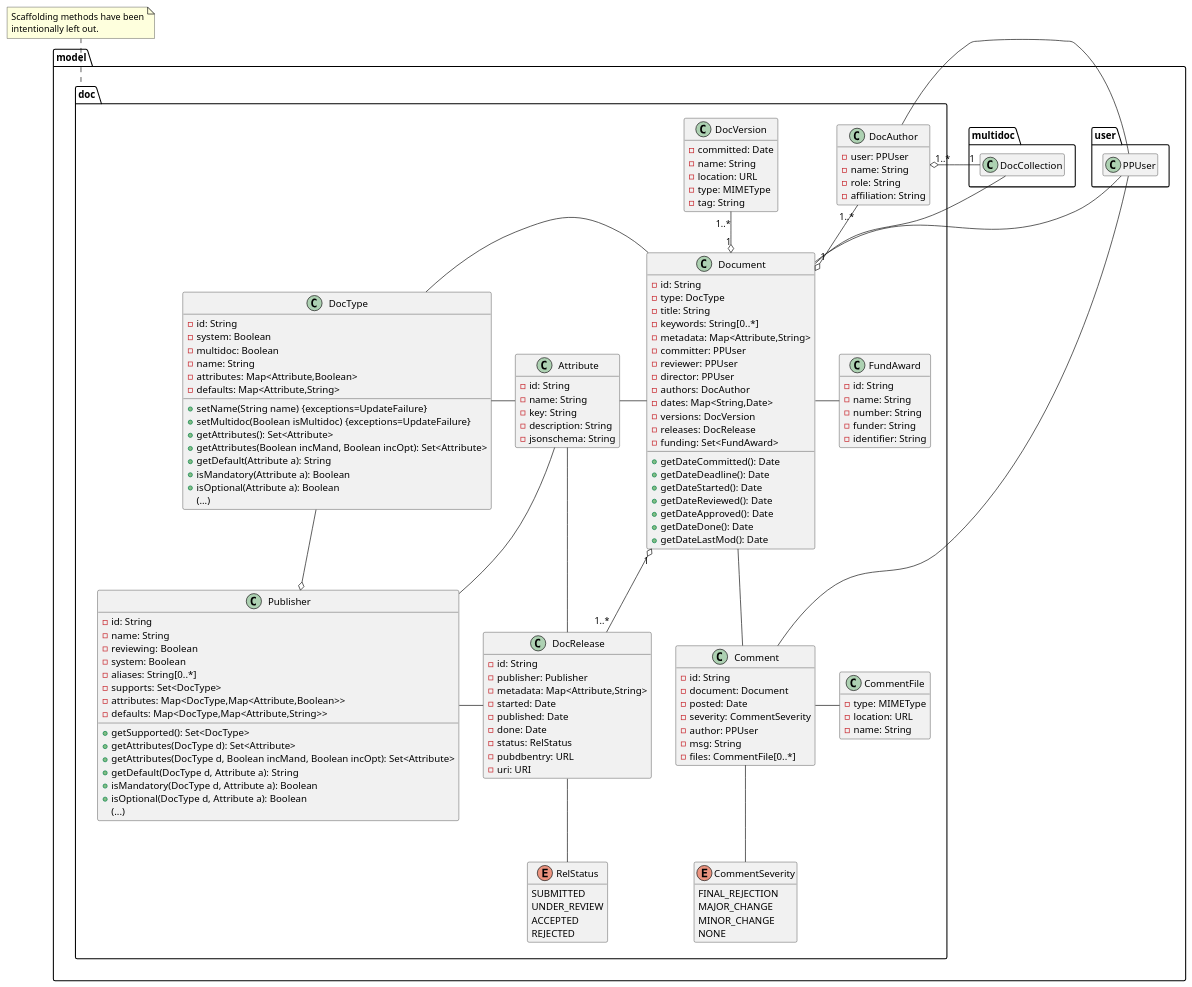
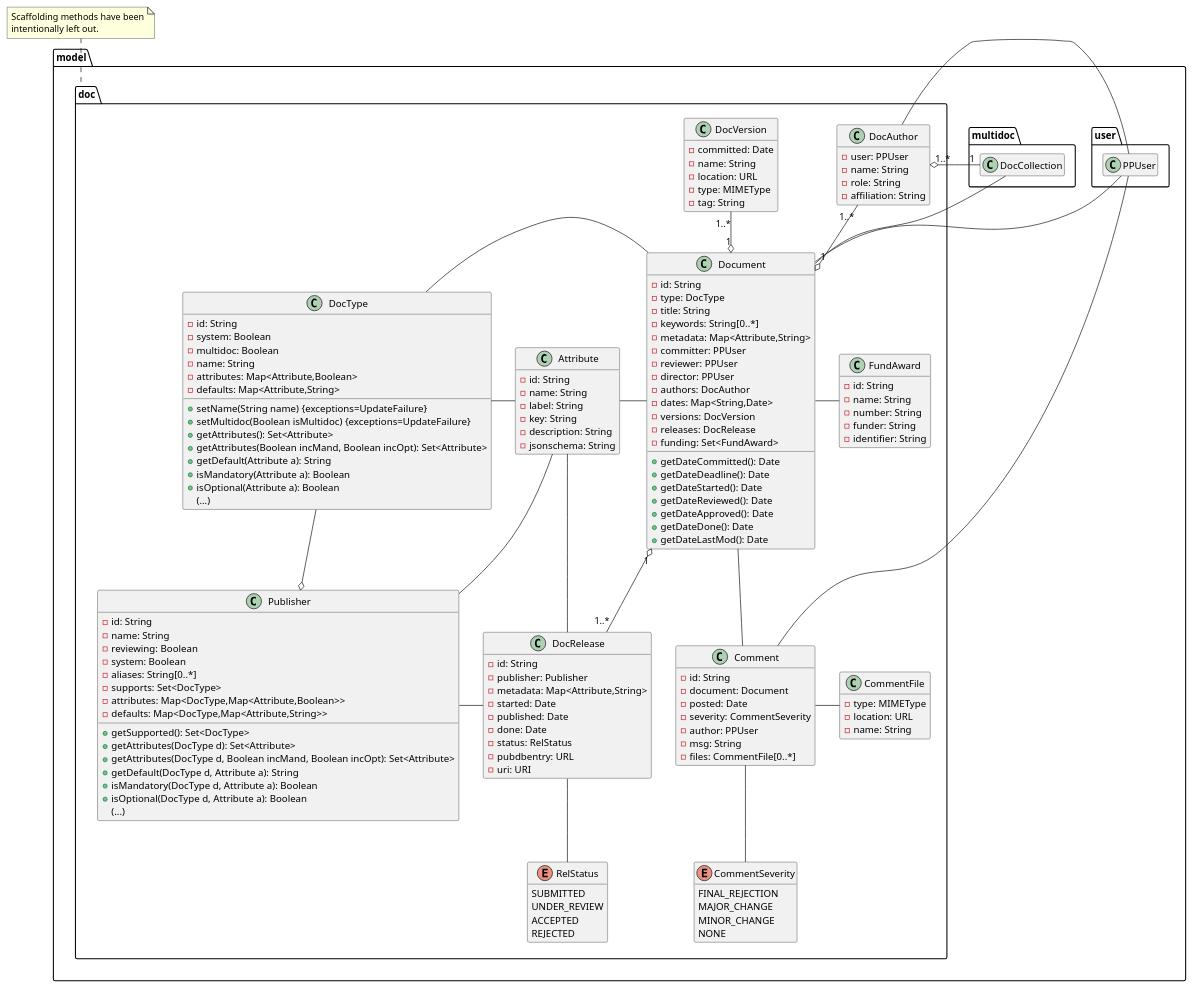
Before and after one commit to peerpub/peerpub: the diagram in doc/uml/model/doc.md, drawn with PlantUML. The commit also changed 2 other files, not shown here.

Commit message:
Extend model.doc.Attribute with more MongoDB stuff. Do not validate the restrictions for the value of 'key' inside the model, leave that to the controller.

```diff
--- a/doc/uml/model/doc.md
+++ b/doc/uml/model/doc.md
@@ -62,6 +62,7 @@
   class Attribute {
     -id: String
     -name: String
+    -label: String
     -key: String
     -description: String
     -jsonschema: String
```
